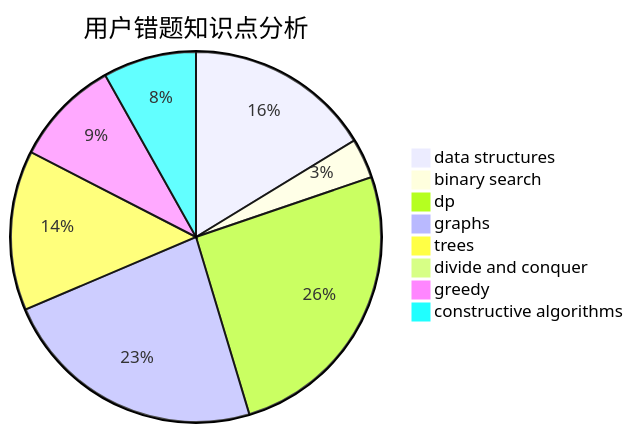
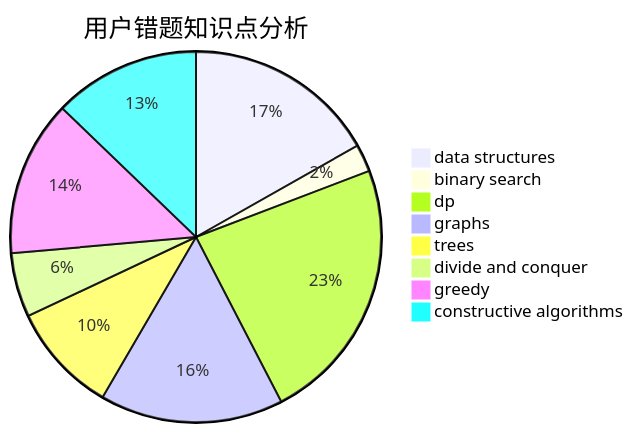
One commit to sherpahu/cfrs.github.io changed the third of 3 diagrams in docs/user/u254.md. Above: the diagram before and after it, drawn with Mermaid. The commit also changed other lines of this file and 2770 other files, not shown here.

````diff
--- a/docs/user/u254.md
+++ b/docs/user/u254.md
@@ -36,11 +36,11 @@
 ```mermaid
 pie title 用户错题知识点分析
-    "data structures" :  14
+    "data structures" :  21
     "binary search" :  3
-    "dp" :  22
+    "dp" :  29
     "graphs" :  20
     "trees" :  12
-    "divide and conquer" :  0
-    "greedy" :  8
-    "constructive algorithms" :  7
+    "divide and conquer" :  7
+    "greedy" :  17
+    "constructive algorithms" :  16
 ```
````
